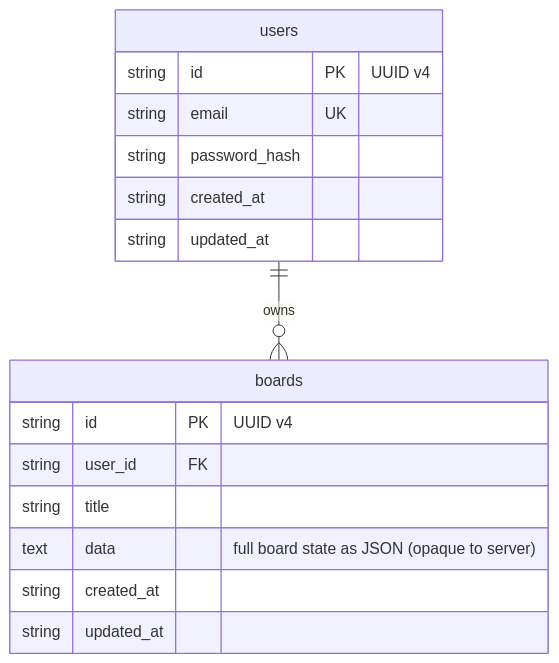
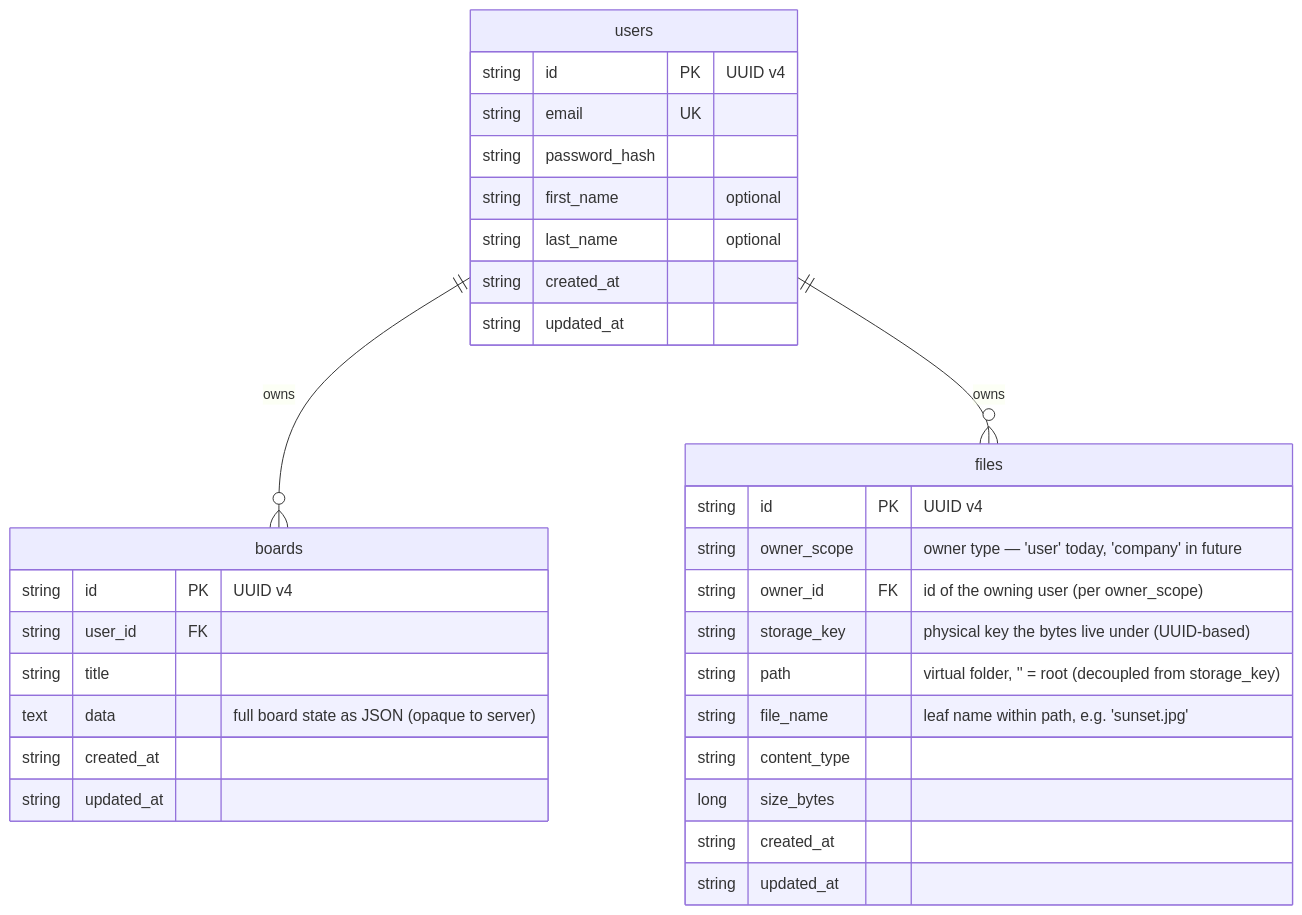
Before and after one commit to h3x4d3c1m4l/h3xBoardServer: the diagram in README.md, drawn with Mermaid. The commit also changed other lines of this file and 24 other files, not shown here.

````diff
--- a/README.md
+++ b/README.md
@@ -18,21 +18,37 @@
 ```mermaid
 erDiagram
     users {
         string  id           PK "UUID v4"
         string  email        UK
         string  password_hash
+        string  first_name      "optional"
+        string  last_name       "optional"
         string  created_at
         string  updated_at
     }
 
     boards {
         string  id           PK "UUID v4"
         string  user_id      FK
         string  title
         text    data            "full board state as JSON (opaque to server)"
         string  created_at
         string  updated_at
     }
 
+    files {
+        string  id           PK "UUID v4"
+        string  owner_scope     "owner type — 'user' today, 'company' in future"
+        string  owner_id     FK "id of the owning user (per owner_scope)"
+        string  storage_key     "physical key the bytes live under (UUID-based)"
+        string  path            "virtual folder, '' = root (decoupled from storage_key)"
+        string  file_name       "leaf name within path, e.g. 'sunset.jpg'"
+        string  content_type
+        long    size_bytes
+        string  created_at
+        string  updated_at
+    }
+
     users ||--o{ boards : owns
+    users ||--o{ files : owns
 ```
````
